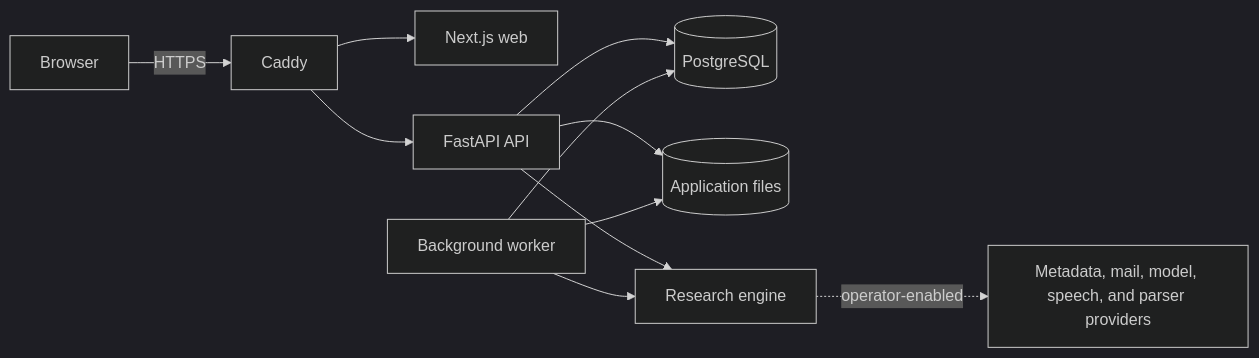
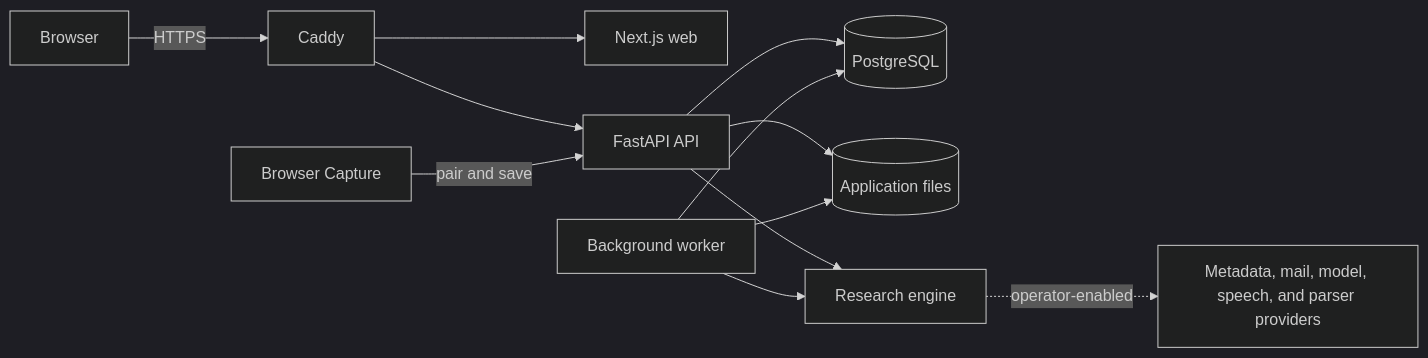
The diagram in README.md (SixSentences/sixsentences), drawn with Mermaid (dark theme) before and after one commit. The commit also changed other lines of this file and 37 other files, not shown here.

Commit message:
feat(extension): add self-hostable browser capture

````diff
--- a/README.md
+++ b/README.md
@@ -95,13 +95,14 @@
 ```mermaid
 flowchart LR
     B[Browser] -->|HTTPS| C[Caddy]
     C --> W[Next.js web]
     C --> A[FastAPI API]
     A --> P[(PostgreSQL)]
     A --> D[(Application files)]
     Q[Background worker] --> P
     Q --> D
+    X[Browser Capture] -->|pair and save| A
     A --> E[Research engine]
     Q --> E
-    E -. operator-enabled .-> X[Metadata, mail, model, speech, and parser providers]
+    E -. operator-enabled .-> O[Metadata, mail, model, speech, and parser providers]
 ```
````
